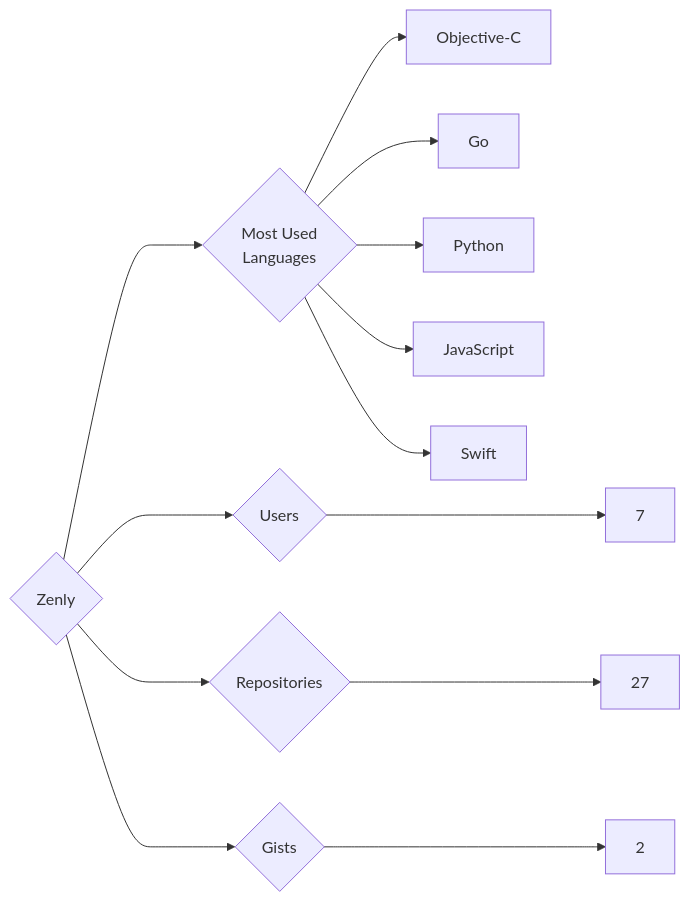
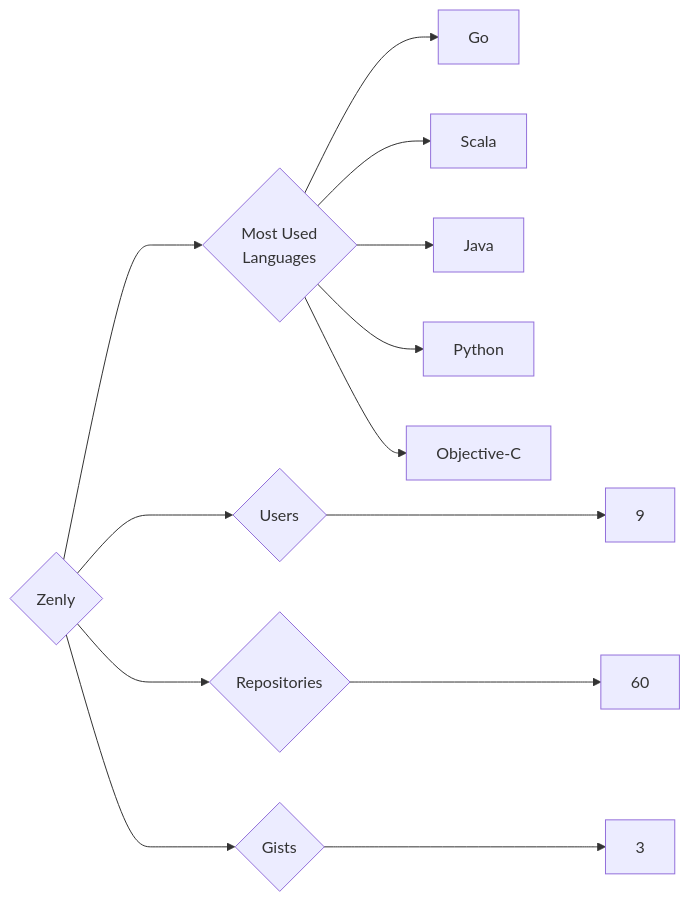
Before and after one commit to trickest/insiders: the diagram in targets/Zenly/README.md, drawn with Mermaid. The commit also changed 695 other files, not shown here.

````diff
--- a/targets/Zenly/README.md
+++ b/targets/Zenly/README.md
@@ -3,13 +3,13 @@
 ```mermaid
 graph LR
 COMPANY_NAME{Zenly}
-COMPANY_NAME ---> U{Users} ---> UN[7]
-COMPANY_NAME ---> R{Repositories} ---> RN[27]
-COMPANY_NAME ---> G{Gists} ---> GN[2]
+COMPANY_NAME ---> U{Users} ---> UN[9]
+COMPANY_NAME ---> R{Repositories} ---> RN[60]
+COMPANY_NAME ---> G{Gists} ---> GN[3]
 COMPANY_NAME ---> ML{Most Used<br>Languages}
+ML --> Go[Go]
+ML --> Scala[Scala]
+ML --> Java[Java]
+ML --> Python[Python]
 ML --> Objective-C[Objective-C]
-ML --> Go[Go]
-ML --> Python[Python]
-ML --> JavaScript[JavaScript]
-ML --> Swift[Swift]
 ```
````
